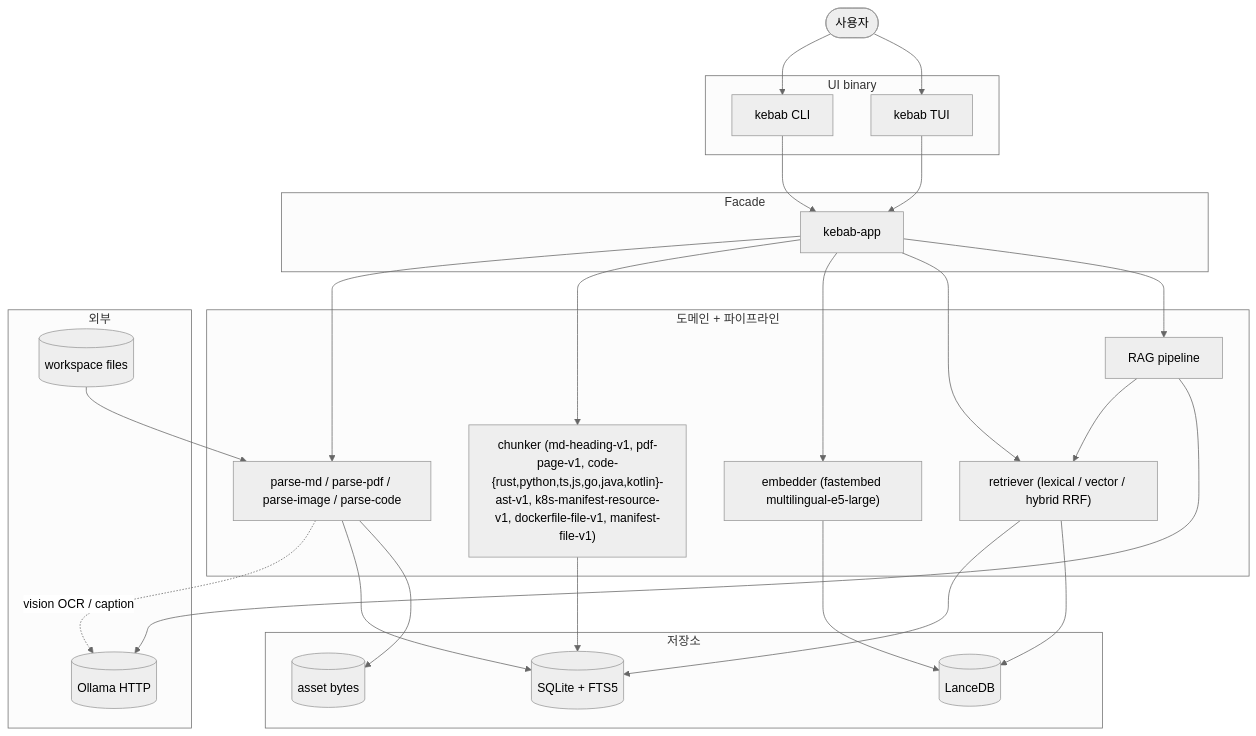
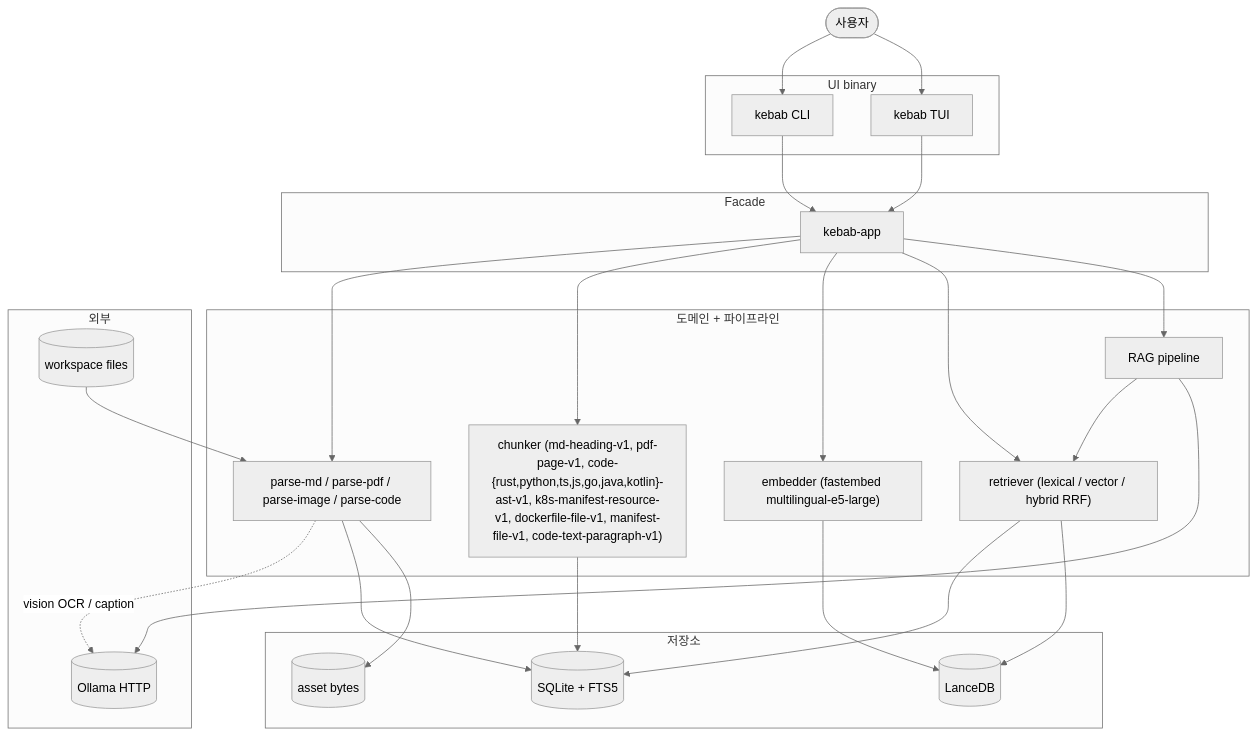
One commit to altair823/kebab changed the diagram in README.md. Above: the diagram before and after it, drawn with Mermaid (neutral theme). The commit also changed other lines of this file and 5 other files, not shown here.

First line of the commit message:
docs(p10-3): README/HANDOFF/ARCHITECTURE/SMOKE/INDEX sync

````diff
--- a/README.md
+++ b/README.md
@@ -120,56 +120,56 @@
 ```mermaid
 flowchart TB
     user(["사용자"])
 
     subgraph UI["UI binary"]
         cli["kebab CLI"]
         tui["kebab TUI"]
     end
 
     subgraph App["Facade"]
         app["kebab-app"]
     end
 
     subgraph Pipeline["도메인 + 파이프라인"]
         parse["parse-md / parse-pdf / parse-image / parse-code"]
-        chunker["chunker (md-heading-v1, pdf-page-v1, code-{rust,python,ts,js,go,java,kotlin}-ast-v1, k8s-manifest-resource-v1, dockerfile-file-v1, manifest-file-v1)"]
+        chunker["chunker (md-heading-v1, pdf-page-v1, code-{rust,python,ts,js,go,java,kotlin}-ast-v1, k8s-manifest-resource-v1, dockerfile-file-v1, manifest-file-v1, code-text-paragraph-v1)"]
         embedder["embedder (fastembed multilingual-e5-large)"]
         retriever["retriever (lexical / vector / hybrid RRF)"]
         rag["RAG pipeline"]
     end
 
     subgraph Store["저장소"]
         sqlite[("SQLite + FTS5")]
         lance[("LanceDB")]
         assets[("asset bytes")]
     end
 
     subgraph External["외부"]
         fs[("workspace files")]
         ollama[("Ollama HTTP")]
     end
 
     user --> cli
     user --> tui
     cli --> app
     tui --> app
 
     app --> parse
     app --> chunker
     app --> embedder
     app --> retriever
     app --> rag
 
     fs --> parse
     parse -. vision OCR / caption .-> ollama
     parse --> sqlite
     parse --> assets
 
     chunker --> sqlite
     embedder --> lance
     retriever --> sqlite
     retriever --> lance
 
     rag --> retriever
     rag --> ollama
 ```
````
